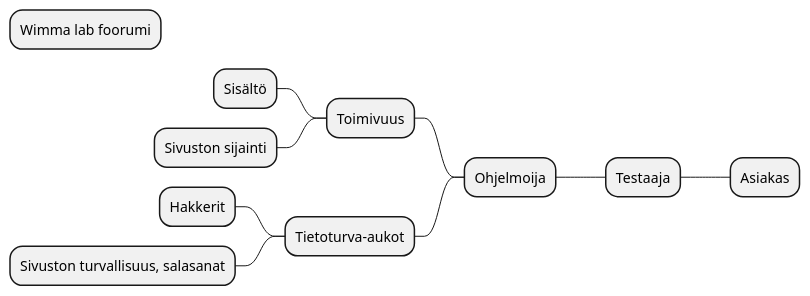
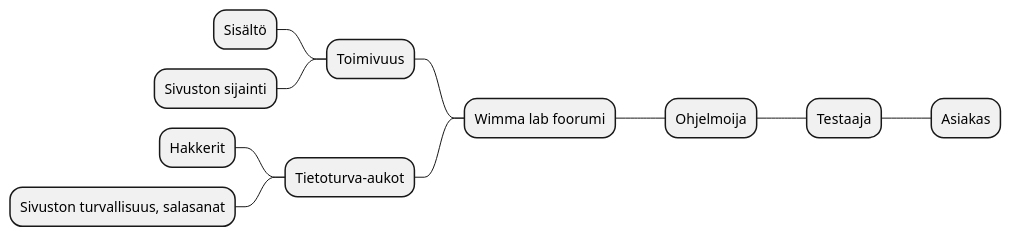
One commit to Pipe80/Projekti-ja-k-yt-neteet-kurssi changed the first of 5 diagrams in dokumentit/20-Vaatimustenhallinta/vaatimusmaaritely-tiivis.md. Above: the diagram before and after it, drawn with PlantUML.

````diff
--- a/dokumentit/20-Vaatimustenhallinta/vaatimusmaaritely-tiivis.md
+++ b/dokumentit/20-Vaatimustenhallinta/vaatimusmaaritely-tiivis.md
@@ -23,14 +23,14 @@
 ```plantuml
 @startmindmap
 + Wimma lab foorumi
-+ Ohjelmoija
-++ Testaaja
-+++ Asiakas
+++ Ohjelmoija
++++ Testaaja
+++++ Asiakas
 -- Toimivuus
 --- Sisältö
 --- Sivuston sijainti
 -- Tietoturva-aukot
 --- Hakkerit
 --- Sivuston turvallisuus, salasanat
 @endmindmap
 ```
````
